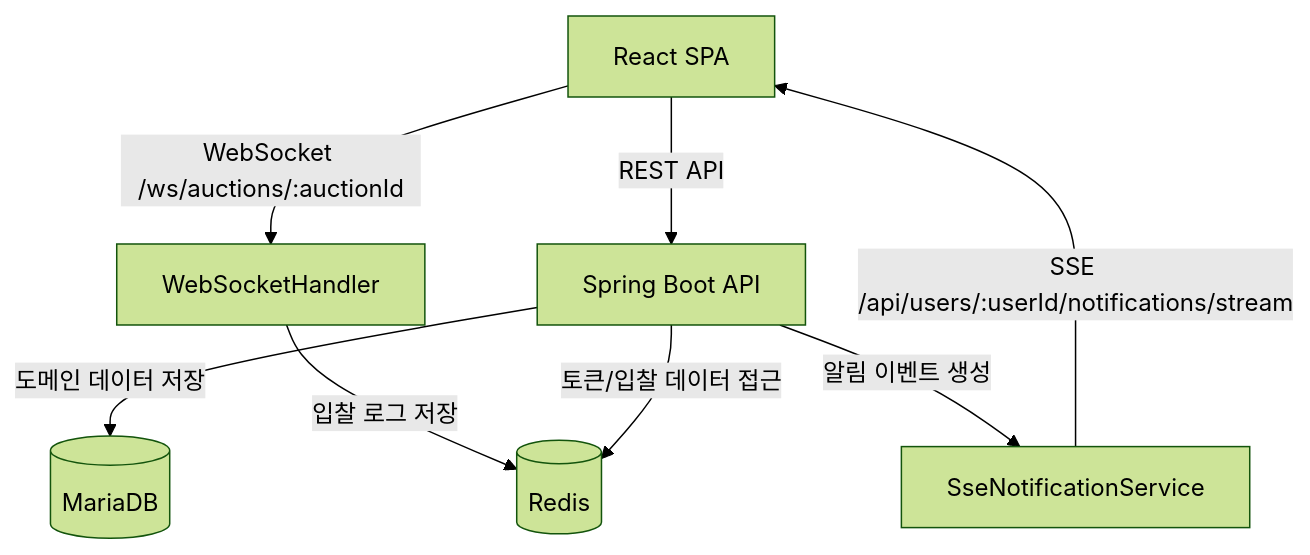
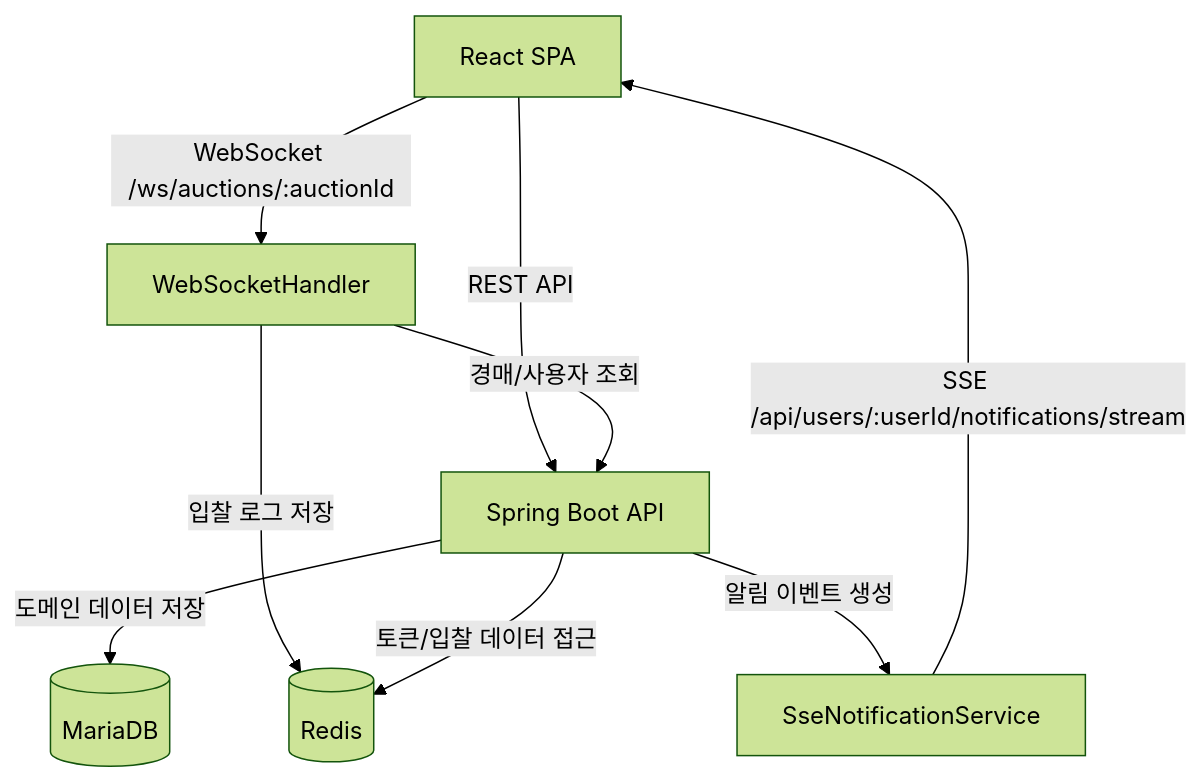
One commit to JuheonOh/realtime-auction-spring changed the diagram in readme.md. Above: the diagram before and after it, drawn with Mermaid (forest theme). The commit also changed other lines of this file, not shown here.

````diff
--- a/readme.md
+++ b/readme.md
@@ -23,18 +59,19 @@
 ```mermaid
 graph TD;
     FE[React SPA];
     BE[Spring Boot API];
     WS[WebSocketHandler];
     SSE[SseNotificationService];
     DB[(MariaDB)];
     REDIS[(Redis)];
 
     FE -->|REST API| BE;
     FE -->|WebSocket /ws/auctions/:auctionId| WS;
     SSE -->|SSE /api/users/:userId/notifications/stream| FE;
 
     WS -->|입찰 로그 저장| REDIS;
+    WS -->|경매/사용자 조회| BE;
     BE -->|도메인 데이터 저장| DB;
     BE -->|토큰/입찰 데이터 접근| REDIS;
     BE -->|알림 이벤트 생성| SSE;
 ```
````
